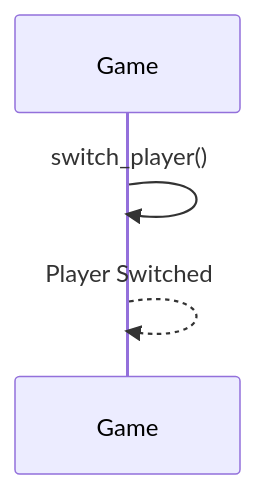
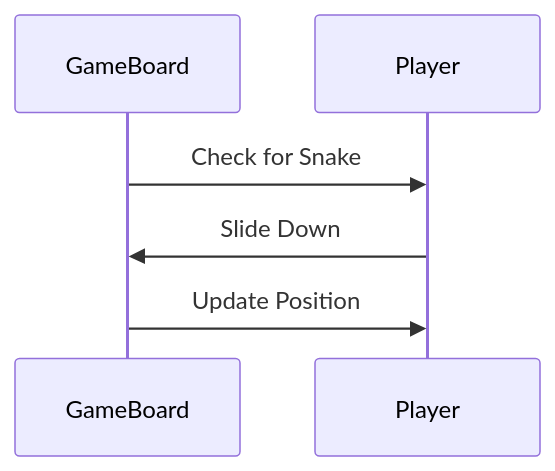
The seventh of 16 diagrams in design_doc.md (Sujata2017/App-developed-using-GenAI), drawn with Mermaid before and after one commit. The commit also changed other lines of this file, not shown here.

````diff
--- a/design_doc.md
+++ b/design_doc.md
@@ -65,6 +111,8 @@
-```mermaid
-sequenceDiagram
-    participant Game
-    Game->>Game: switch_player()
-    Game-->>Game: Player Switched
-```
+  ```mermaid
+  sequenceDiagram
+    participant GameBoard
+    participant Player
+    GameBoard->>Player: Check for Snake
+    Player->>GameBoard: Slide Down
+    GameBoard->>Player: Update Position
+  ```
````
